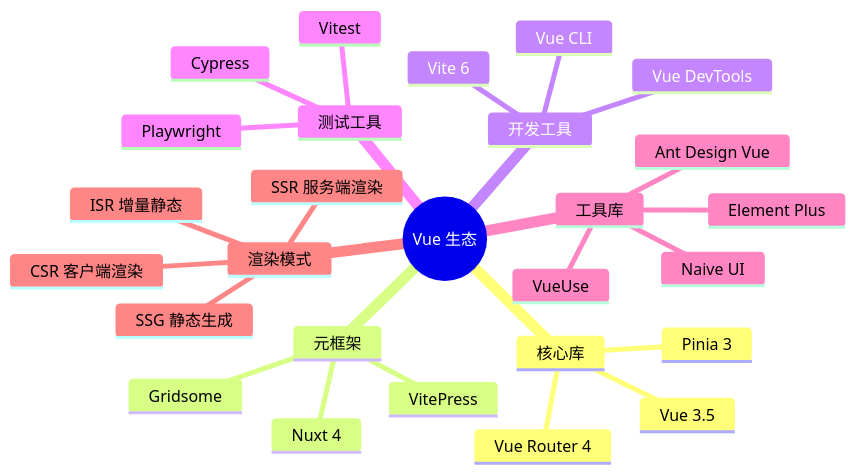
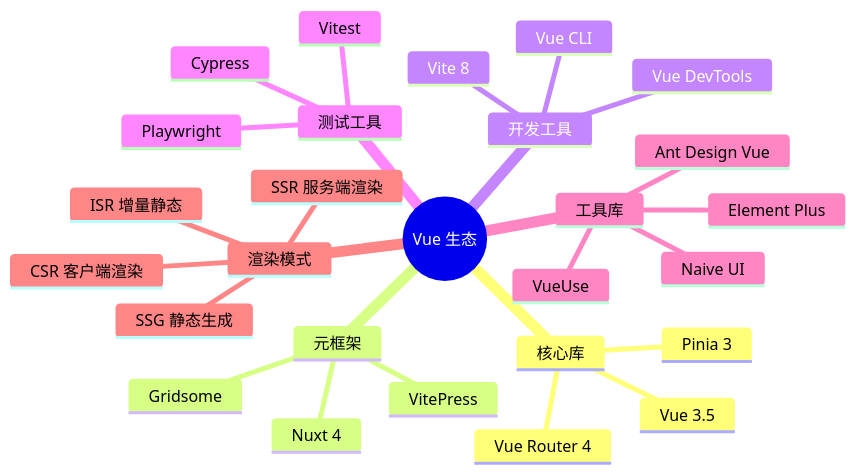
Before and after one commit to KMaybe01/common: diagram 44 of 47 in S2-框架深入/02-Vue3.md, drawn with Mermaid. The commit also changed other lines of this file and 9 other files, not shown here.

````diff
--- a/S2-框架深入/02-Vue3.md
+++ b/S2-框架深入/02-Vue3.md
@@ -2867,30 +2926,30 @@
 ```mermaid
 mindmap
   root((Vue 生态))
     核心库
       Vue 3.5
       Vue Router 4
       Pinia 3
     元框架
       Nuxt 4
       VitePress
       Gridsome
     开发工具
-      Vite 6
+      Vite 8
       Vue DevTools
       Vue CLI
     测试工具
       Vitest
       Cypress
       Playwright
     工具库
       VueUse
       Element Plus
       Ant Design Vue
       Naive UI
     渲染模式
       CSR 客户端渲染
       SSR 服务端渲染
       SSG 静态生成
       ISR 增量静态
 ```
````
